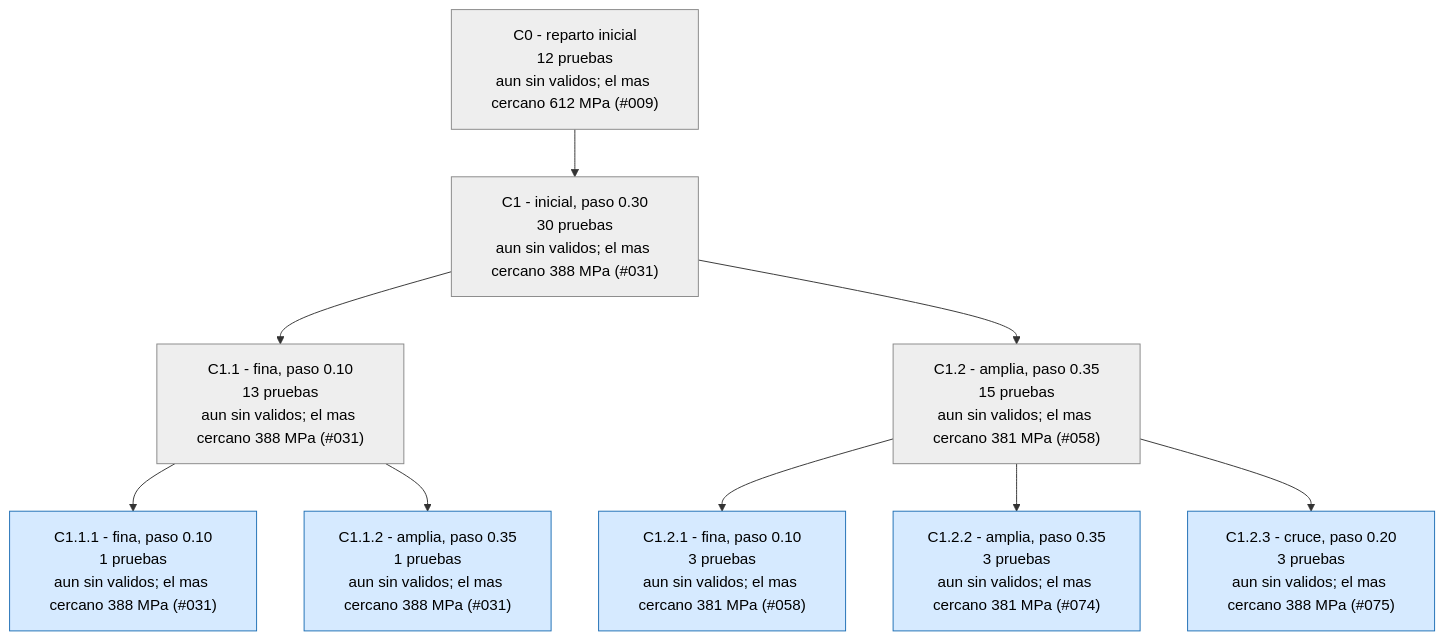
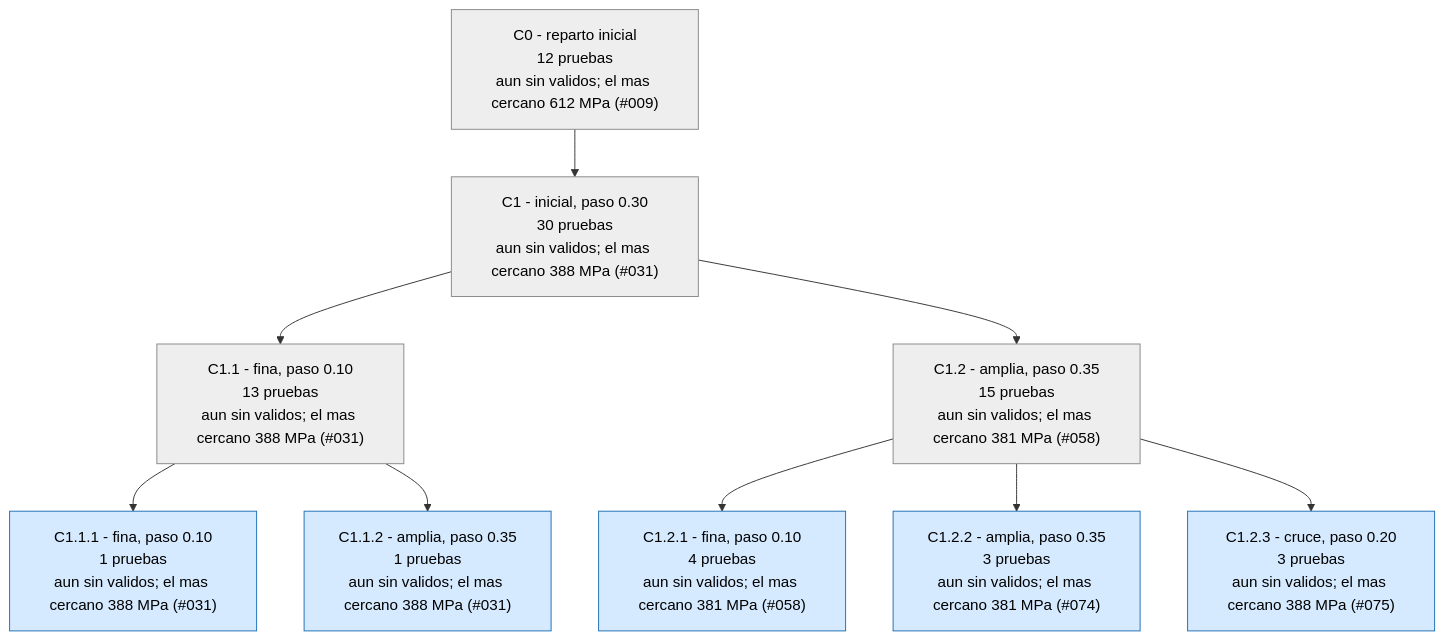
Before and after one commit to Hugiko/msd-soporte-optimizacion: the third of 4 diagrams in runs/opt_37800N/ARBOL.md, drawn with Mermaid. The commit also changed 19 other files, not shown here.

````diff
--- a/runs/opt_37800N/ARBOL.md
+++ b/runs/opt_37800N/ARBOL.md
@@ -97,23 +97,23 @@
 ```mermaid
 graph TD
 classDef activa fill:#d6eaff,stroke:#1f6fb5,color:#000
 classDef fin fill:#eeeeee,stroke:#888,color:#000
 classDef mejor fill:#c8f0c0,stroke:#1a9850,stroke-width:4px,color:#000
 C0["C0 - reparto inicial<br/>12 pruebas<br/>aun sin validos; el mas cercano 612 MPa (#009)"]:::fin
 C1["C1 - inicial, paso 0.30<br/>30 pruebas<br/>aun sin validos; el mas cercano 388 MPa (#031)"]:::fin
 C0 --> C1
 C1_1["C1.1 - fina, paso 0.10<br/>13 pruebas<br/>aun sin validos; el mas cercano 388 MPa (#031)"]:::fin
 C1 --> C1_1
 C1_2["C1.2 - amplia, paso 0.35<br/>15 pruebas<br/>aun sin validos; el mas cercano 381 MPa (#058)"]:::fin
 C1 --> C1_2
 C1_1_1["C1.1.1 - fina, paso 0.10<br/>1 pruebas<br/>aun sin validos; el mas cercano 388 MPa (#031)"]:::activa
 C1_1 --> C1_1_1
 C1_1_2["C1.1.2 - amplia, paso 0.35<br/>1 pruebas<br/>aun sin validos; el mas cercano 388 MPa (#031)"]:::activa
 C1_1 --> C1_1_2
-C1_2_1["C1.2.1 - fina, paso 0.10<br/>3 pruebas<br/>aun sin validos; el mas cercano 381 MPa (#058)"]:::activa
+C1_2_1["C1.2.1 - fina, paso 0.10<br/>4 pruebas<br/>aun sin validos; el mas cercano 381 MPa (#058)"]:::activa
 C1_2 --> C1_2_1
 C1_2_2["C1.2.2 - amplia, paso 0.35<br/>3 pruebas<br/>aun sin validos; el mas cercano 381 MPa (#074)"]:::activa
 C1_2 --> C1_2_2
 C1_2_3["C1.2.3 - cruce, paso 0.20<br/>3 pruebas<br/>aun sin validos; el mas cercano 388 MPa (#075)"]:::activa
 C1_2 --> C1_2_3
 ```
````
